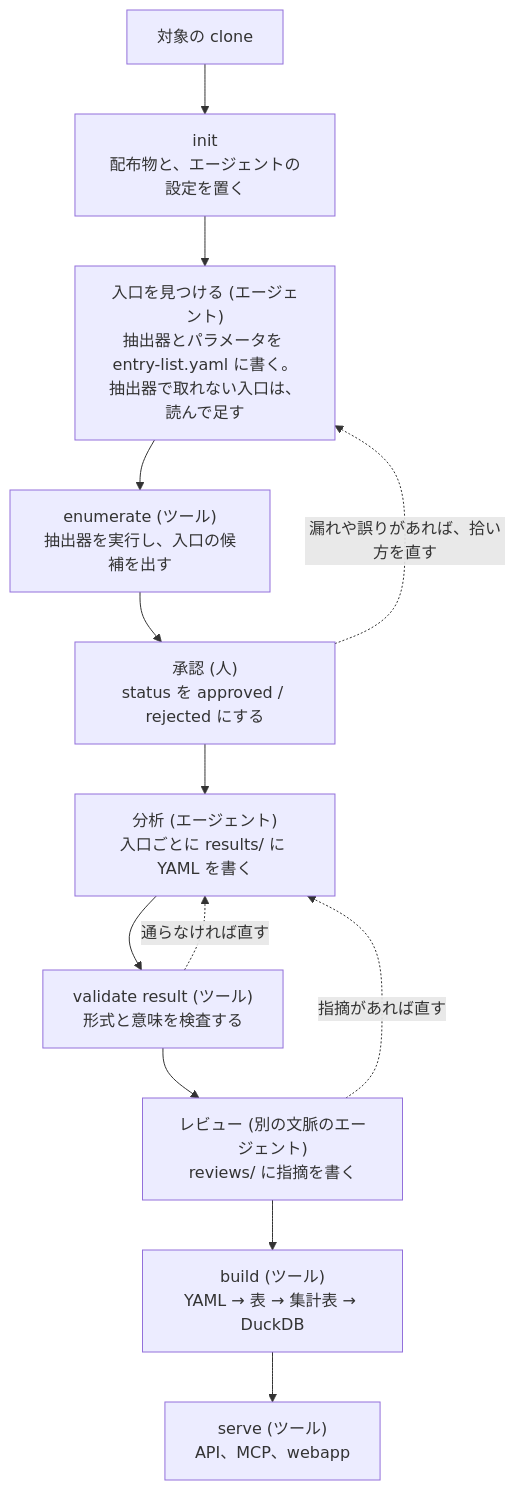
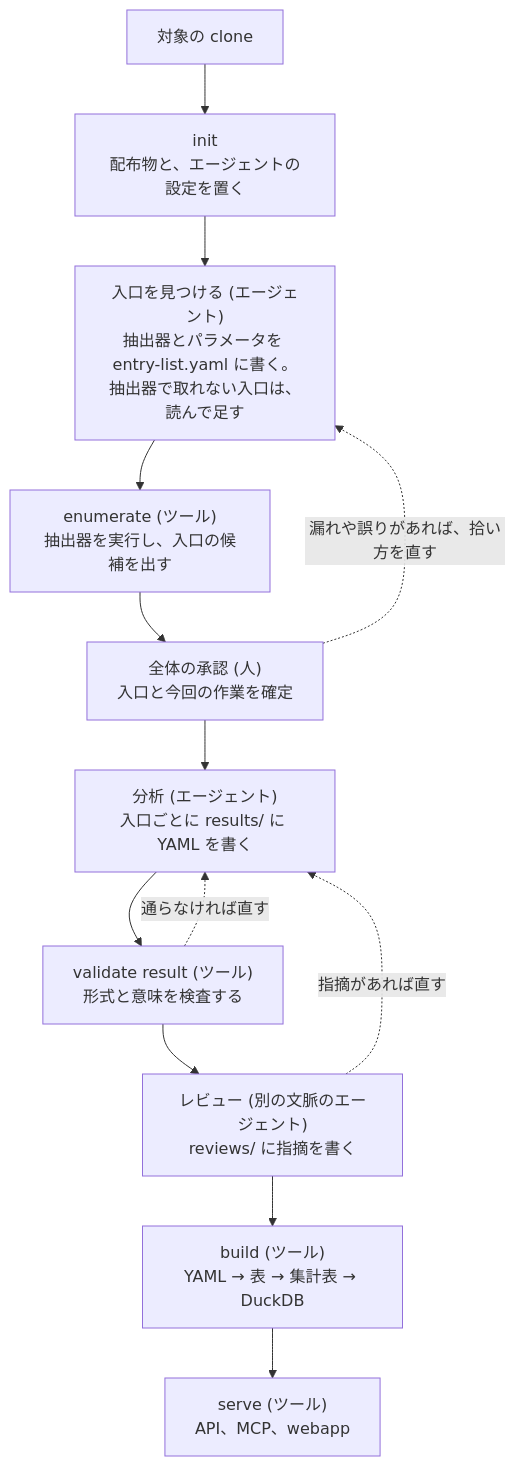
One commit to suwa-sh/as-built-atlas changed the first of 4 diagrams in docs/architecture/pipeline.md. Above: the diagram before and after it, drawn with Mermaid. The commit also changed other lines of this file and 29 other files, not shown here.

````diff
--- a/docs/architecture/pipeline.md
+++ b/docs/architecture/pipeline.md
@@ -9,16 +9,16 @@
 ```mermaid
 flowchart TB
   T[対象の clone] --> I
   I["init<br>配布物と、エージェントの設定を置く"] --> D
   D["入口を見つける (エージェント)<br>抽出器とパラメータを entry-list.yaml に書く。<br>抽出器で取れない入口は、読んで足す"] --> E
   E["enumerate (ツール)<br>抽出器を実行し、入口の候補を出す"] --> H
-  H["承認 (人)<br>status を approved / rejected にする"] --> A
+  H["全体の承認 (人)<br>入口と今回の作業を確定"] --> A
   A["分析 (エージェント)<br>入口ごとに results/ に YAML を書く"] --> V
   V["validate result (ツール)<br>形式と意味を検査する"] --> RV
   RV["レビュー (別の文脈のエージェント)<br>reviews/ に指摘を書く"] --> B
   B["build (ツール)<br>YAML → 表 → 集計表 → DuckDB"] --> S
   S["serve (ツール)<br>API、MCP、webapp"]
   H -.->|漏れや誤りがあれば、拾い方を直す| D
   V -.->|通らなければ直す| A
   RV -.->|指摘があれば直す| A
 ```
````
